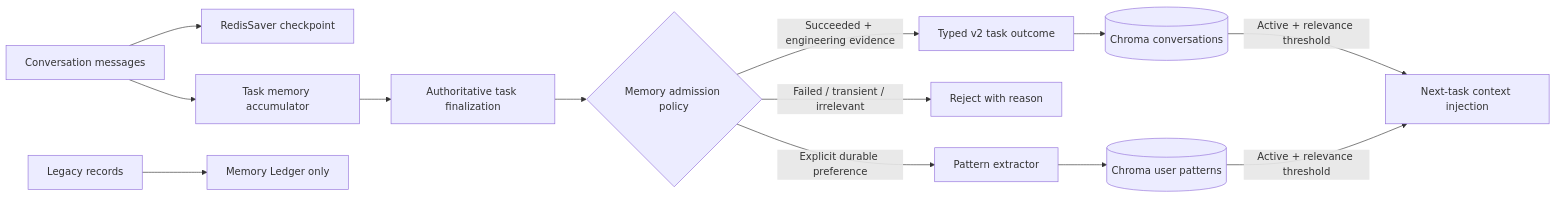
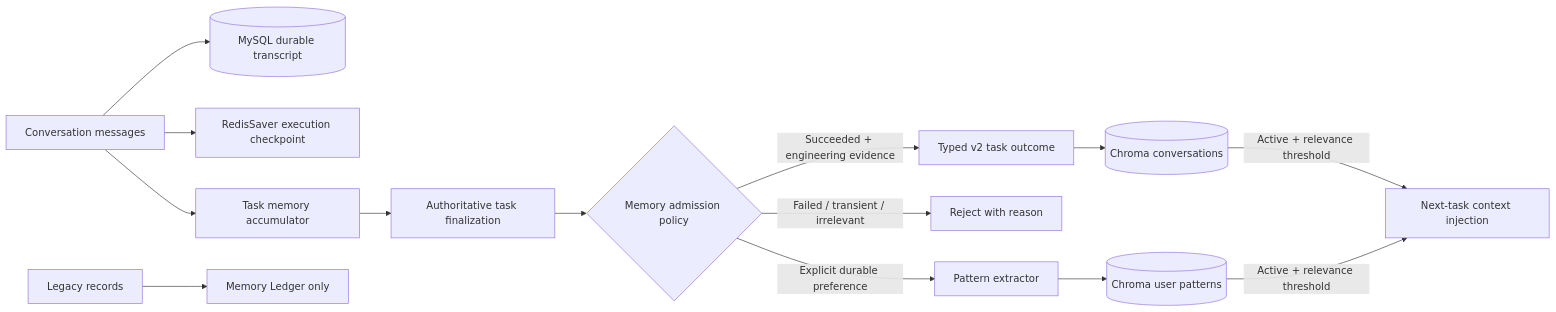
The fourth of 5 diagrams in ARCHITECTURE.md (Gxh-aviliable/enterprise-controlled-coding-agent), drawn with Mermaid before and after one commit. The commit also changed other lines of this file and 35 other files, not shown here.

````diff
--- a/ARCHITECTURE.md
+++ b/ARCHITECTURE.md
@@ -128,15 +130,16 @@
 ```mermaid
 flowchart LR
-    MSG[Conversation messages] --> CP[RedisSaver checkpoint]
+    MSG[Conversation messages] --> SQL[(MySQL durable transcript)]
+    MSG --> CP[RedisSaver execution checkpoint]
     MSG --> ACC[Task memory accumulator]
     ACC --> FINAL[Authoritative task finalization]
     FINAL --> GATE{Memory admission policy}
     GATE -->|Succeeded + engineering evidence| SUM[Typed v2 task outcome]
     GATE -->|Failed / transient / irrelevant| SKIP[Reject with reason]
     SUM --> CH[(Chroma conversations)]
     GATE -->|Explicit durable preference| PAT[Pattern extractor]
     PAT --> CPAT[(Chroma user patterns)]
     CH -->|Active + relevance threshold| CTX[Next-task context injection]
     CPAT -->|Active + relevance threshold| CTX
     LEGACY[Legacy records] --> UI[Memory Ledger only]
 ```
````
